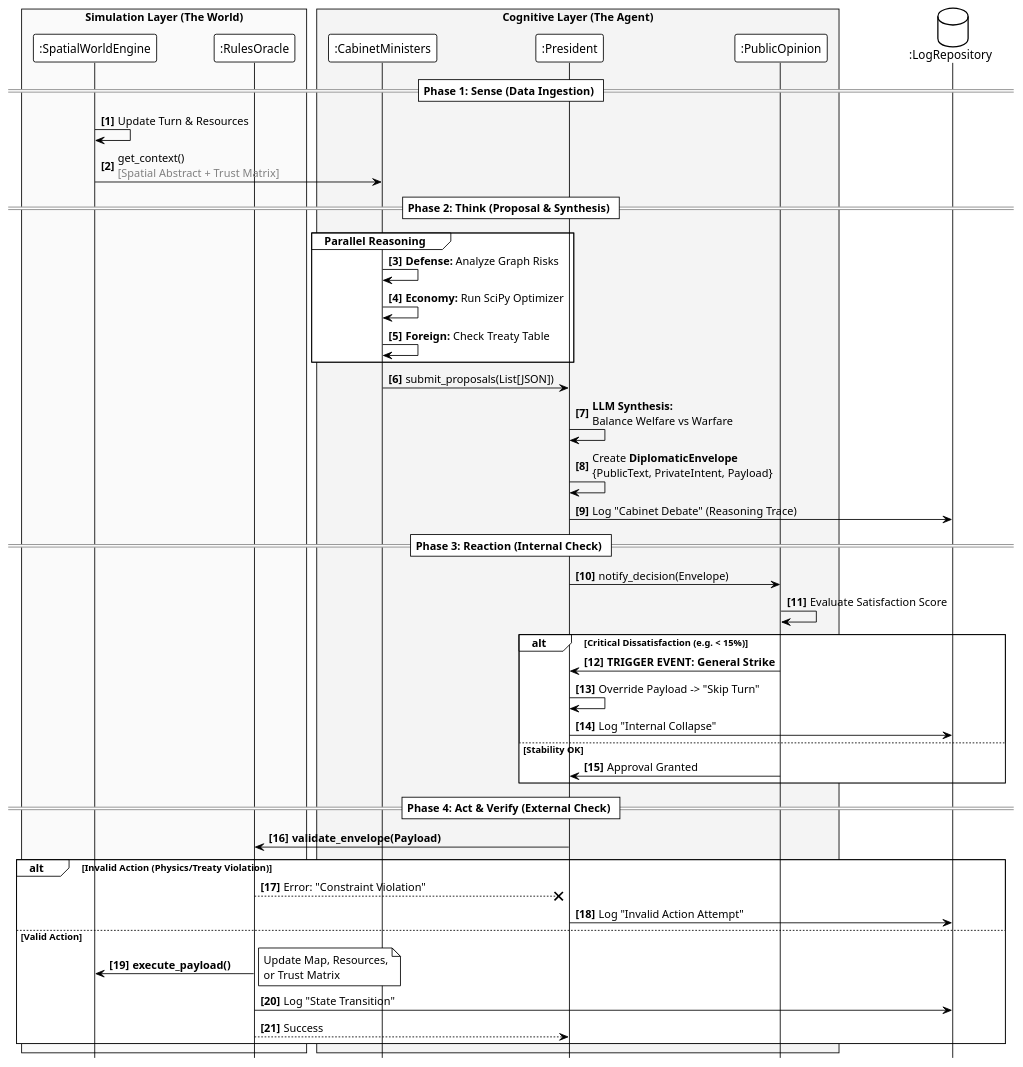
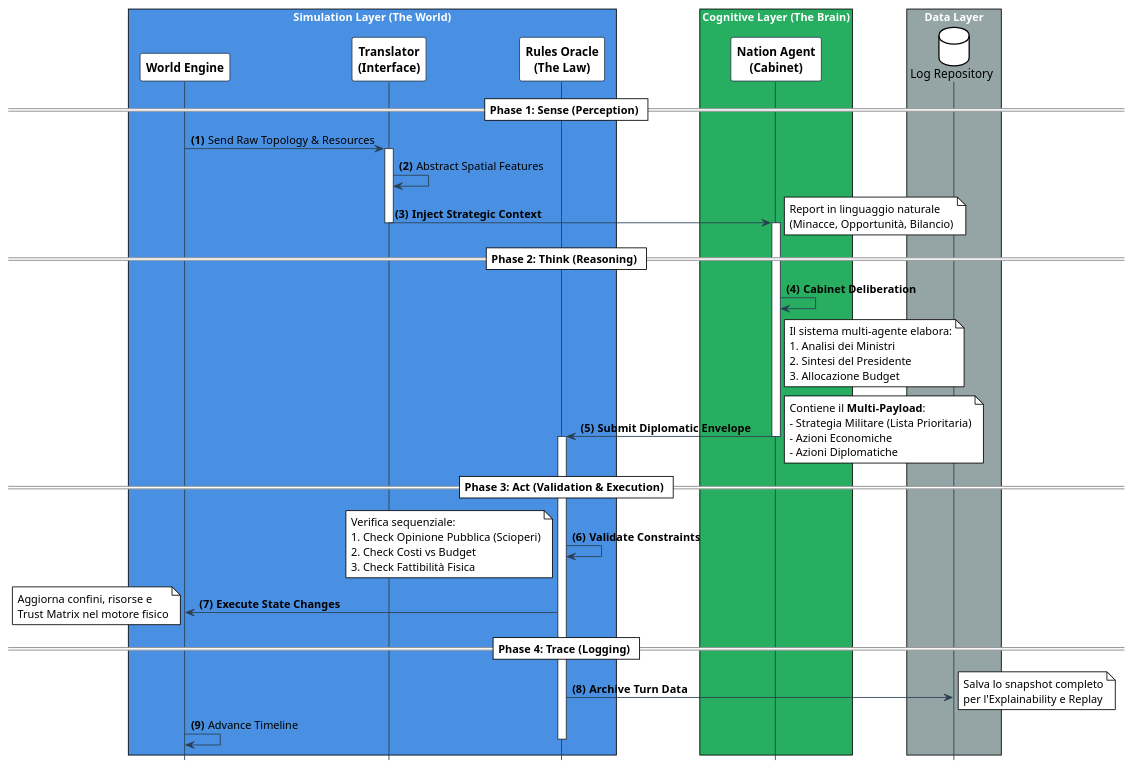
The diagram in diagrams/sequence.puml (SugarStoneMaster/GeoMAS), drawn with PlantUML before and after one commit. The commit also changed 17 other files, not shown here.

```diff
--- a/diagrams/sequence.puml
+++ b/diagrams/sequence.puml
@@ -1,69 +1,92 @@
 @startuml
 !theme plain
 hide footbox
-autonumber "<b>[0]</b>"
+autonumber "<b>(0)</b>"
 
-' --- ACTOR DEFINITIONS ---
-box "Simulation Layer (The World)" #fafafa
-    participant ":SpatialWorldEngine" as World
-    participant ":RulesOracle" as Rules
+' --- STILE VISIVO ---
+skinparam sequence {
+    ArrowColor #2C3E50
+    LifeLineBorderColor #2C3E50
+    LifeLineBackgroundColor White
+
+    ParticipantBorderColor #2C3E50
+    ParticipantBackgroundColor White
+    ParticipantFontName Helvetica
+    ParticipantFontSize 14
+    ParticipantFontStyle bold
+
+    BoxFontSize 16
+    BoxFontColor White
+}
+
+' --- ATTORI ---
+
+box "Simulation Layer (The World)" #4A90E2
+    participant "World Engine" as World
+    participant "Translator\n(Interface)" as Sense
+    participant "Rules Oracle\n(The Law)" as Oracle
 end box
 
-box "Cognitive Layer (The Agent)" #f4f4f4
-    participant ":CabinetMinisters" as Ministers
-    participant ":President" as Pres
-    participant ":PublicOpinion" as PubOp
+box "Cognitive Layer (The Brain)" #27AE60
+    participant "Nation Agent\n(Cabinet)" as Agent
 end box
 
-database ":LogRepository" as DB
+box "Data Layer" #95A5A6
+    database "Log Repository" as DB
+end box
 
-' --- SEQUENCE START ---
+' --- INIZIO FLUSSO ---
 
-== Phase 1: Sense (Data Ingestion) ==
+== Phase 1: Sense (Perception) ==
 
-World -> World : Update Turn & Resources
-World -> Ministers : get_context()\n<color:gray>[Spatial Abstract + Trust Matrix]</color>
+World -> Sense : Send Raw Topology & Resources
 
-== Phase 2: Think (Proposal & Synthesis) ==
+activate Sense
+Sense -> Sense : Abstract Spatial Features
+Sense -> Agent : <b>Inject Strategic Context</b>
+note right: Report in linguaggio naturale\n(Minacce, Opportunità, Bilancio)
+deactivate Sense
 
-group Parallel Reasoning
-    Ministers -> Ministers : <b>Defense:</b> Analyze Graph Risks
-    Ministers -> Ministers : <b>Economy:</b> Run SciPy Optimizer
-    Ministers -> Ministers : <b>Foreign:</b> Check Treaty Table
-end
+== Phase 2: Think (Reasoning) ==
 
-Ministers -> Pres : submit_proposals(List[JSON])
-Pres -> Pres : <b>LLM Synthesis:</b>\nBalance Welfare vs Warfare
-Pres -> Pres : Create <b>DiplomaticEnvelope</b>\n{PublicText, PrivateIntent, Payload}
+activate Agent
+Agent -> Agent : <b>Cabinet Deliberation</b>
+note right of Agent
+  Il sistema multi-agente elabora:
+  1. Analisi dei Ministri
+  2. Sintesi del Presidente
+  3. Allocazione Budget
+end note
 
-Pres -> DB : Log "Cabinet Debate" (Reasoning Trace)
+Agent -> Oracle : <b>Submit Diplomatic Envelope</b>
+note right
+  Contiene il <b>Multi-Payload</b>:
+  - Strategia Militare (Lista Prioritaria)
+  - Azioni Economiche
+  - Azioni Diplomatiche
+end note
+deactivate Agent
 
-== Phase 3: Reaction (Internal Check) ==
+== Phase 3: Act (Validation & Execution) ==
 
-Pres -> PubOp : notify_decision(Envelope)
-PubOp -> PubOp : Evaluate Satisfaction Score
+activate Oracle
+Oracle -> Oracle : <b>Validate Constraints</b>
+note left
+  Verifica sequenziale:
+  1. Check Opinione Pubblica (Scioperi)
+  2. Check Costi vs Budget
+  3. Check Fattibilità Fisica
+end note
 
-alt Critical Dissatisfaction (e.g. < 15%)
-    PubOp -> Pres : <b>TRIGGER EVENT: General Strike</b>
-    Pres -> Pres : Override Payload -> "Skip Turn"
-    Pres -> DB : Log "Internal Collapse"
-else Stability OK
-    PubOp -> Pres : Approval Granted
-end
+Oracle -> World : <b>Execute State Changes</b>
+note left: Aggiorna confini, risorse e\nTrust Matrix nel motore fisico
 
-== Phase 4: Act & Verify (External Check) ==
+== Phase 4: Trace (Logging) ==
 
-Pres -> Rules : <b>validate_envelope(Payload)</b>
+Oracle -> DB : <b>Archive Turn Data</b>
+note right: Salva lo snapshot completo\nper l'Explainability e Replay
 
-alt Invalid Action (Physics/Treaty Violation)
-    Rules --x Pres : Error: "Constraint Violation"
-    Pres -> DB : Log "Invalid Action Attempt"
-else Valid Action
-    Rules -> World : <b>execute_payload()</b>
-    note right: Update Map, Resources,\nor Trust Matrix
-
-    Rules -> DB : Log "State Transition"
-    Rules --> Pres : Success
-end
+World -> World : Advance Timeline
+deactivate Oracle
 
 @enduml
```
